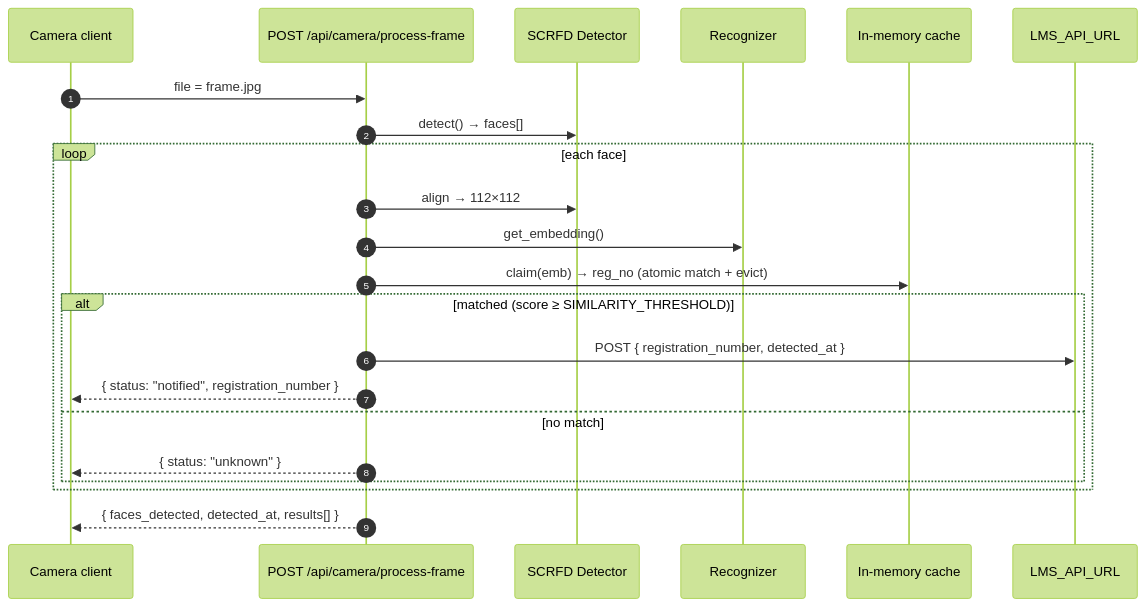
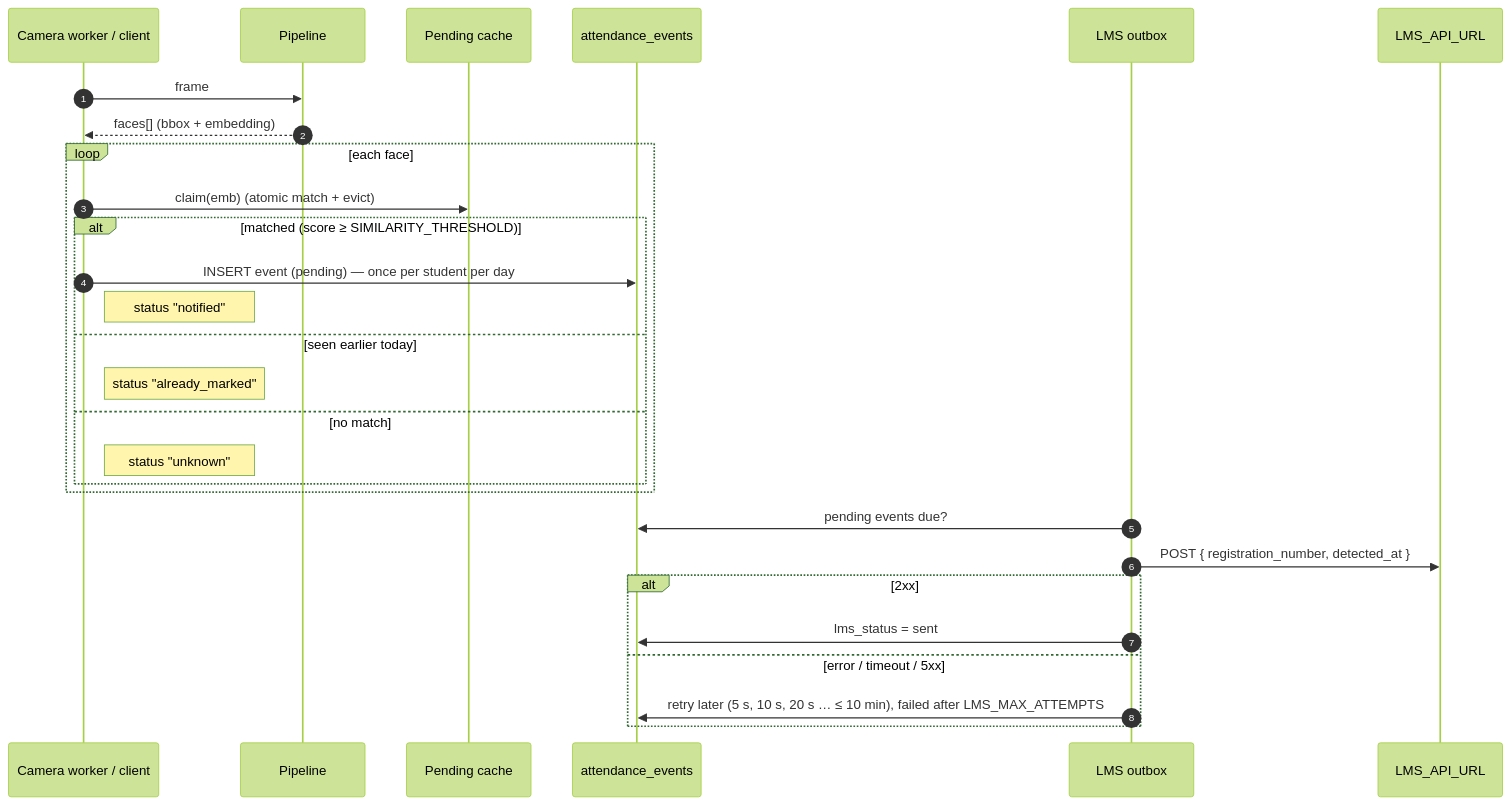
One commit to AI-SATA-Technologies/AI-Pipeline-Engineer changed the third of 4 diagrams in README.md. Above: the diagram before and after it, drawn with Mermaid (forest theme). The commit also changed other lines of this file and 34 other files, not shown here.

````diff
--- a/README.md
+++ b/README.md
@@ -190,25 +206,31 @@
 ```mermaid
 sequenceDiagram
     autonumber
-    participant CAM as Camera client
-    participant API as POST /api/camera/process-frame
-    participant DET as SCRFD Detector
-    participant REC as Recognizer
-    participant C as In-memory cache
+    participant SRC as Camera worker / client
+    participant P as Pipeline
+    participant C as Pending cache
+    participant DB as attendance_events
+    participant OB as LMS outbox
     participant LMS as LMS_API_URL
 
-    CAM->>API: file = frame.jpg
-    API->>DET: detect() → faces[]
+    SRC->>P: frame
+    P-->>SRC: faces[] (bbox + embedding)
     loop each face
-        API->>DET: align → 112×112
-        API->>REC: get_embedding()
-        API->>C: claim(emb) → reg_no  (atomic match + evict)
+        SRC->>C: claim(emb)  (atomic match + evict)
         alt matched (score ≥ SIMILARITY_THRESHOLD)
-            API->>LMS: POST { registration_number, detected_at }
-            API-->>CAM: { status: "notified", registration_number }
+            SRC->>DB: INSERT event (pending) — once per student per day
+            Note right of SRC: status "notified"
+        else seen earlier today
+            Note right of SRC: status "already_marked"
         else no match
-            API-->>CAM: { status: "unknown" }
+            Note right of SRC: status "unknown"
         end
     end
-    API-->>CAM: { faces_detected, detected_at, results[] }
+    OB->>DB: pending events due?
+    OB->>LMS: POST { registration_number, detected_at }
+    alt 2xx
+        OB->>DB: lms_status = sent
+    else error / timeout / 5xx
+        OB->>DB: retry later (5 s, 10 s, 20 s … ≤ 10 min), failed after LMS_MAX_ATTEMPTS
+    end
 ```
````
